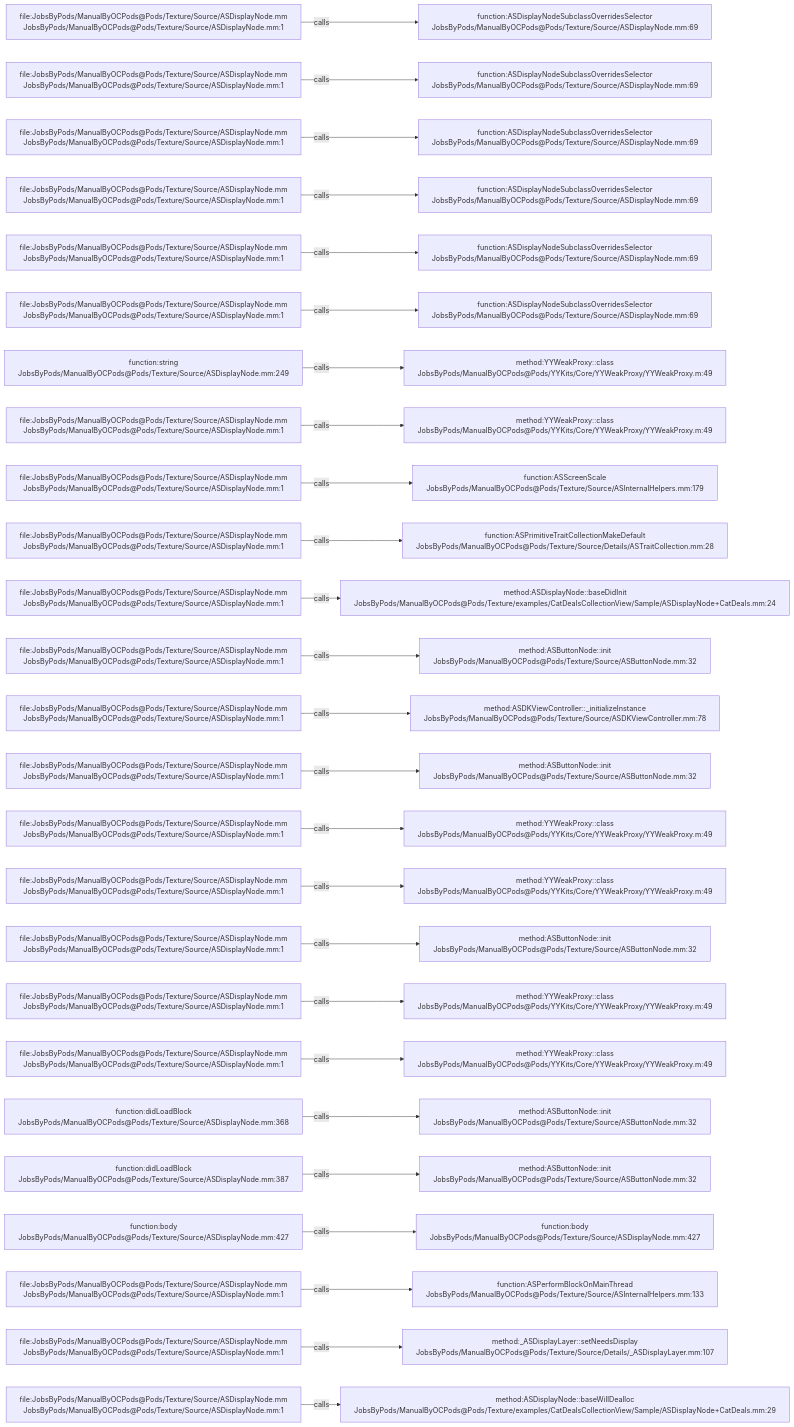
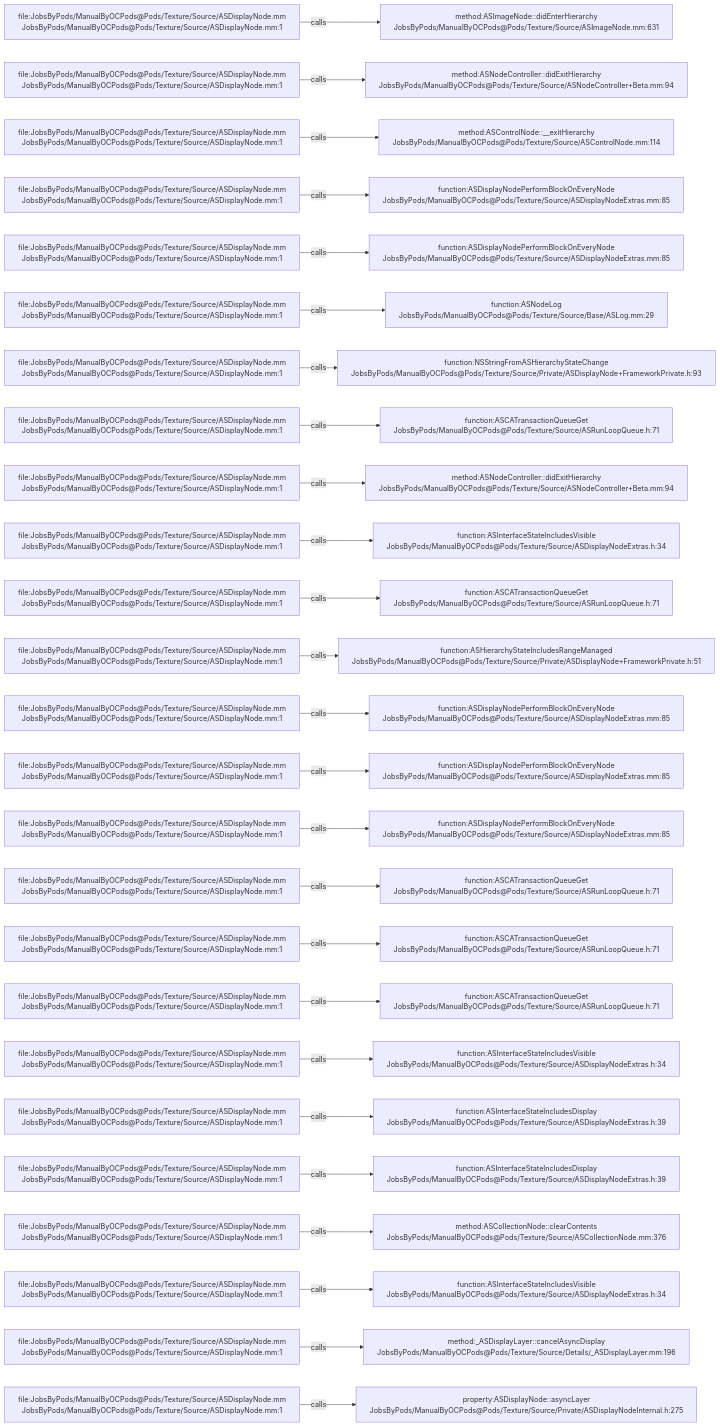
Before and after one commit to JobsKits/JobsOCBaseConfigDemo: the diagram in .codegraph/codegraph.md/graphs/calls-104.md, drawn with Mermaid. The commit also changed 1223 other files, not shown here.

````diff
--- a/.codegraph/codegraph.md/graphs/calls-104.md
+++ b/.codegraph/codegraph.md/graphs/calls-104.md
@@ -13,78 +13,78 @@
 ```mermaid
 flowchart LR
   S1["file:JobsByPods/ManualByOCPods@Pods/Texture/Source/ASDisplayNode.mm<br/>JobsByPods/ManualByOCPods@Pods/Texture/Source/ASDisplayNode.mm:1"]
-  T1["function:ASDisplayNodeSubclassOverridesSelector<br/>JobsByPods/ManualByOCPods@Pods/Texture/Source/ASDisplayNode.mm:69"]
+  T1["method:ASImageNode::didEnterHierarchy<br/>JobsByPods/ManualByOCPods@Pods/Texture/Source/ASImageNode.mm:631"]
   S1 -->|calls| T1
   S2["file:JobsByPods/ManualByOCPods@Pods/Texture/Source/ASDisplayNode.mm<br/>JobsByPods/ManualByOCPods@Pods/Texture/Source/ASDisplayNode.mm:1"]
-  T2["function:ASDisplayNodeSubclassOverridesSelector<br/>JobsByPods/ManualByOCPods@Pods/Texture/Source/ASDisplayNode.mm:69"]
+  T2["method:ASNodeController::didExitHierarchy<br/>JobsByPods/ManualByOCPods@Pods/Texture/Source/ASNodeController+Beta.mm:94"]
   S2 -->|calls| T2
   S3["file:JobsByPods/ManualByOCPods@Pods/Texture/Source/ASDisplayNode.mm<br/>JobsByPods/ManualByOCPods@Pods/Texture/Source/ASDisplayNode.mm:1"]
-  T3["function:ASDisplayNodeSubclassOverridesSelector<br/>JobsByPods/ManualByOCPods@Pods/Texture/Source/ASDisplayNode.mm:69"]
+  T3["method:ASControlNode::__exitHierarchy<br/>JobsByPods/ManualByOCPods@Pods/Texture/Source/ASControlNode.mm:114"]
   S3 -->|calls| T3
   S4["file:JobsByPods/ManualByOCPods@Pods/Texture/Source/ASDisplayNode.mm<br/>JobsByPods/ManualByOCPods@Pods/Texture/Source/ASDisplayNode.mm:1"]
-  T4["function:ASDisplayNodeSubclassOverridesSelector<br/>JobsByPods/ManualByOCPods@Pods/Texture/Source/ASDisplayNode.mm:69"]
+  T4["function:ASDisplayNodePerformBlockOnEveryNode<br/>JobsByPods/ManualByOCPods@Pods/Texture/Source/ASDisplayNodeExtras.mm:85"]
   S4 -->|calls| T4
   S5["file:JobsByPods/ManualByOCPods@Pods/Texture/Source/ASDisplayNode.mm<br/>JobsByPods/ManualByOCPods@Pods/Texture/Source/ASDisplayNode.mm:1"]
-  T5["function:ASDisplayNodeSubclassOverridesSelector<br/>JobsByPods/ManualByOCPods@Pods/Texture/Source/ASDisplayNode.mm:69"]
+  T5["function:ASDisplayNodePerformBlockOnEveryNode<br/>JobsByPods/ManualByOCPods@Pods/Texture/Source/ASDisplayNodeExtras.mm:85"]
   S5 -->|calls| T5
   S6["file:JobsByPods/ManualByOCPods@Pods/Texture/Source/ASDisplayNode.mm<br/>JobsByPods/ManualByOCPods@Pods/Texture/Source/ASDisplayNode.mm:1"]
-  T6["function:ASDisplayNodeSubclassOverridesSelector<br/>JobsByPods/ManualByOCPods@Pods/Texture/Source/ASDisplayNode.mm:69"]
+  T6["function:ASNodeLog<br/>JobsByPods/ManualByOCPods@Pods/Texture/Source/Base/ASLog.mm:29"]
   S6 -->|calls| T6
-  S7["function:string<br/>JobsByPods/ManualByOCPods@Pods/Texture/Source/ASDisplayNode.mm:249"]
-  T7["method:YYWeakProxy::class<br/>JobsByPods/ManualByOCPods@Pods/YYKits/Core/YYWeakProxy/YYWeakProxy.m:49"]
+  S7["file:JobsByPods/ManualByOCPods@Pods/Texture/Source/ASDisplayNode.mm<br/>JobsByPods/ManualByOCPods@Pods/Texture/Source/ASDisplayNode.mm:1"]
+  T7["function:NSStringFromASHierarchyStateChange<br/>JobsByPods/ManualByOCPods@Pods/Texture/Source/Private/ASDisplayNode+FrameworkPrivate.h:93"]
   S7 -->|calls| T7
   S8["file:JobsByPods/ManualByOCPods@Pods/Texture/Source/ASDisplayNode.mm<br/>JobsByPods/ManualByOCPods@Pods/Texture/Source/ASDisplayNode.mm:1"]
-  T8["method:YYWeakProxy::class<br/>JobsByPods/ManualByOCPods@Pods/YYKits/Core/YYWeakProxy/YYWeakProxy.m:49"]
+  T8["function:ASCATransactionQueueGet<br/>JobsByPods/ManualByOCPods@Pods/Texture/Source/ASRunLoopQueue.h:71"]
   S8 -->|calls| T8
   S9["file:JobsByPods/ManualByOCPods@Pods/Texture/Source/ASDisplayNode.mm<br/>JobsByPods/ManualByOCPods@Pods/Texture/Source/ASDisplayNode.mm:1"]
-  T9["function:ASScreenScale<br/>JobsByPods/ManualByOCPods@Pods/Texture/Source/ASInternalHelpers.mm:179"]
+  T9["method:ASNodeController::didExitHierarchy<br/>JobsByPods/ManualByOCPods@Pods/Texture/Source/ASNodeController+Beta.mm:94"]
   S9 -->|calls| T9
   S10["file:JobsByPods/ManualByOCPods@Pods/Texture/Source/ASDisplayNode.mm<br/>JobsByPods/ManualByOCPods@Pods/Texture/Source/ASDisplayNode.mm:1"]
-  T10["function:ASPrimitiveTraitCollectionMakeDefault<br/>JobsByPods/ManualByOCPods@Pods/Texture/Source/Details/ASTraitCollection.mm:28"]
+  T10["function:ASInterfaceStateIncludesVisible<br/>JobsByPods/ManualByOCPods@Pods/Texture/Source/ASDisplayNodeExtras.h:34"]
   S10 -->|calls| T10
   S11["file:JobsByPods/ManualByOCPods@Pods/Texture/Source/ASDisplayNode.mm<br/>JobsByPods/ManualByOCPods@Pods/Texture/Source/ASDisplayNode.mm:1"]
-  T11["method:ASDisplayNode::baseDidInit<br/>JobsByPods/ManualByOCPods@Pods/Texture/examples/CatDealsCollectionView/Sample/ASDisplayNode+CatDeals.mm:24"]
+  T11["function:ASCATransactionQueueGet<br/>JobsByPods/ManualByOCPods@Pods/Texture/Source/ASRunLoopQueue.h:71"]
   S11 -->|calls| T11
   S12["file:JobsByPods/ManualByOCPods@Pods/Texture/Source/ASDisplayNode.mm<br/>JobsByPods/ManualByOCPods@Pods/Texture/Source/ASDisplayNode.mm:1"]
-  T12["method:ASButtonNode::init<br/>JobsByPods/ManualByOCPods@Pods/Texture/Source/ASButtonNode.mm:32"]
+  T12["function:ASHierarchyStateIncludesRangeManaged<br/>JobsByPods/ManualByOCPods@Pods/Texture/Source/Private/ASDisplayNode+FrameworkPrivate.h:51"]
   S12 -->|calls| T12
   S13["file:JobsByPods/ManualByOCPods@Pods/Texture/Source/ASDisplayNode.mm<br/>JobsByPods/ManualByOCPods@Pods/Texture/Source/ASDisplayNode.mm:1"]
-  T13["method:ASDKViewController::_initializeInstance<br/>JobsByPods/ManualByOCPods@Pods/Texture/Source/ASDKViewController.mm:78"]
+  T13["function:ASDisplayNodePerformBlockOnEveryNode<br/>JobsByPods/ManualByOCPods@Pods/Texture/Source/ASDisplayNodeExtras.mm:85"]
   S13 -->|calls| T13
   S14["file:JobsByPods/ManualByOCPods@Pods/Texture/Source/ASDisplayNode.mm<br/>JobsByPods/ManualByOCPods@Pods/Texture/Source/ASDisplayNode.mm:1"]
-  T14["method:ASButtonNode::init<br/>JobsByPods/ManualByOCPods@Pods/Texture/Source/ASButtonNode.mm:32"]
+  T14["function:ASDisplayNodePerformBlockOnEveryNode<br/>JobsByPods/ManualByOCPods@Pods/Texture/Source/ASDisplayNodeExtras.mm:85"]
   S14 -->|calls| T14
   S15["file:JobsByPods/ManualByOCPods@Pods/Texture/Source/ASDisplayNode.mm<br/>JobsByPods/ManualByOCPods@Pods/Texture/Source/ASDisplayNode.mm:1"]
-  T15["method:YYWeakProxy::class<br/>JobsByPods/ManualByOCPods@Pods/YYKits/Core/YYWeakProxy/YYWeakProxy.m:49"]
+  T15["function:ASDisplayNodePerformBlockOnEveryNode<br/>JobsByPods/ManualByOCPods@Pods/Texture/Source/ASDisplayNodeExtras.mm:85"]
   S15 -->|calls| T15
   S16["file:JobsByPods/ManualByOCPods@Pods/Texture/Source/ASDisplayNode.mm<br/>JobsByPods/ManualByOCPods@Pods/Texture/Source/ASDisplayNode.mm:1"]
-  T16["method:YYWeakProxy::class<br/>JobsByPods/ManualByOCPods@Pods/YYKits/Core/YYWeakProxy/YYWeakProxy.m:49"]
+  T16["function:ASCATransactionQueueGet<br/>JobsByPods/ManualByOCPods@Pods/Texture/Source/ASRunLoopQueue.h:71"]
   S16 -->|calls| T16
   S17["file:JobsByPods/ManualByOCPods@Pods/Texture/Source/ASDisplayNode.mm<br/>JobsByPods/ManualByOCPods@Pods/Texture/Source/ASDisplayNode.mm:1"]
-  T17["method:ASButtonNode::init<br/>JobsByPods/ManualByOCPods@Pods/Texture/Source/ASButtonNode.mm:32"]
+  T17["function:ASCATransactionQueueGet<br/>JobsByPods/ManualByOCPods@Pods/Texture/Source/ASRunLoopQueue.h:71"]
   S17 -->|calls| T17
   S18["file:JobsByPods/ManualByOCPods@Pods/Texture/Source/ASDisplayNode.mm<br/>JobsByPods/ManualByOCPods@Pods/Texture/Source/ASDisplayNode.mm:1"]
-  T18["method:YYWeakProxy::class<br/>JobsByPods/ManualByOCPods@Pods/YYKits/Core/YYWeakProxy/YYWeakProxy.m:49"]
+  T18["function:ASCATransactionQueueGet<br/>JobsByPods/ManualByOCPods@Pods/Texture/Source/ASRunLoopQueue.h:71"]
   S18 -->|calls| T18
   S19["file:JobsByPods/ManualByOCPods@Pods/Texture/Source/ASDisplayNode.mm<br/>JobsByPods/ManualByOCPods@Pods/Texture/Source/ASDisplayNode.mm:1"]
-  T19["method:YYWeakProxy::class<br/>JobsByPods/ManualByOCPods@Pods/YYKits/Core/YYWeakProxy/YYWeakProxy.m:49"]
+  T19["function:ASInterfaceStateIncludesVisible<br/>JobsByPods/ManualByOCPods@Pods/Texture/Source/ASDisplayNodeExtras.h:34"]
   S19 -->|calls| T19
-  S20["function:didLoadBlock<br/>JobsByPods/ManualByOCPods@Pods/Texture/Source/ASDisplayNode.mm:368"]
-  T20["method:ASButtonNode::init<br/>JobsByPods/ManualByOCPods@Pods/Texture/Source/ASButtonNode.mm:32"]
+  S20["file:JobsByPods/ManualByOCPods@Pods/Texture/Source/ASDisplayNode.mm<br/>JobsByPods/ManualByOCPods@Pods/Texture/Source/ASDisplayNode.mm:1"]
+  T20["function:ASInterfaceStateIncludesDisplay<br/>JobsByPods/ManualByOCPods@Pods/Texture/Source/ASDisplayNodeExtras.h:39"]
   S20 -->|calls| T20
-  S21["function:didLoadBlock<br/>JobsByPods/ManualByOCPods@Pods/Texture/Source/ASDisplayNode.mm:387"]
-  T21["method:ASButtonNode::init<br/>JobsByPods/ManualByOCPods@Pods/Texture/Source/ASButtonNode.mm:32"]
+  S21["file:JobsByPods/ManualByOCPods@Pods/Texture/Source/ASDisplayNode.mm<br/>JobsByPods/ManualByOCPods@Pods/Texture/Source/ASDisplayNode.mm:1"]
+  T21["function:ASInterfaceStateIncludesDisplay<br/>JobsByPods/ManualByOCPods@Pods/Texture/Source/ASDisplayNodeExtras.h:39"]
   S21 -->|calls| T21
-  S22["function:body<br/>JobsByPods/ManualByOCPods@Pods/Texture/Source/ASDisplayNode.mm:427"]
-  T22["function:body<br/>JobsByPods/ManualByOCPods@Pods/Texture/Source/ASDisplayNode.mm:427"]
+  S22["file:JobsByPods/ManualByOCPods@Pods/Texture/Source/ASDisplayNode.mm<br/>JobsByPods/ManualByOCPods@Pods/Texture/Source/ASDisplayNode.mm:1"]
+  T22["method:ASCollectionNode::clearContents<br/>JobsByPods/ManualByOCPods@Pods/Texture/Source/ASCollectionNode.mm:376"]
   S22 -->|calls| T22
   S23["file:JobsByPods/ManualByOCPods@Pods/Texture/Source/ASDisplayNode.mm<br/>JobsByPods/ManualByOCPods@Pods/Texture/Source/ASDisplayNode.mm:1"]
-  T23["function:ASPerformBlockOnMainThread<br/>JobsByPods/ManualByOCPods@Pods/Texture/Source/ASInternalHelpers.mm:133"]
+  T23["function:ASInterfaceStateIncludesVisible<br/>JobsByPods/ManualByOCPods@Pods/Texture/Source/ASDisplayNodeExtras.h:34"]
   S23 -->|calls| T23
   S24["file:JobsByPods/ManualByOCPods@Pods/Texture/Source/ASDisplayNode.mm<br/>JobsByPods/ManualByOCPods@Pods/Texture/Source/ASDisplayNode.mm:1"]
-  T24["method:_ASDisplayLayer::setNeedsDisplay<br/>JobsByPods/ManualByOCPods@Pods/Texture/Source/Details/_ASDisplayLayer.mm:107"]
+  T24["method:_ASDisplayLayer::cancelAsyncDisplay<br/>JobsByPods/ManualByOCPods@Pods/Texture/Source/Details/_ASDisplayLayer.mm:196"]
   S24 -->|calls| T24
   S25["file:JobsByPods/ManualByOCPods@Pods/Texture/Source/ASDisplayNode.mm<br/>JobsByPods/ManualByOCPods@Pods/Texture/Source/ASDisplayNode.mm:1"]
-  T25["method:ASDisplayNode::baseWillDealloc<br/>JobsByPods/ManualByOCPods@Pods/Texture/examples/CatDealsCollectionView/Sample/ASDisplayNode+CatDeals.mm:29"]
+  T25["property:ASDisplayNode::asyncLayer<br/>JobsByPods/ManualByOCPods@Pods/Texture/Source/Private/ASDisplayNodeInternal.h:275"]
   S25 -->|calls| T25
 ```
````
